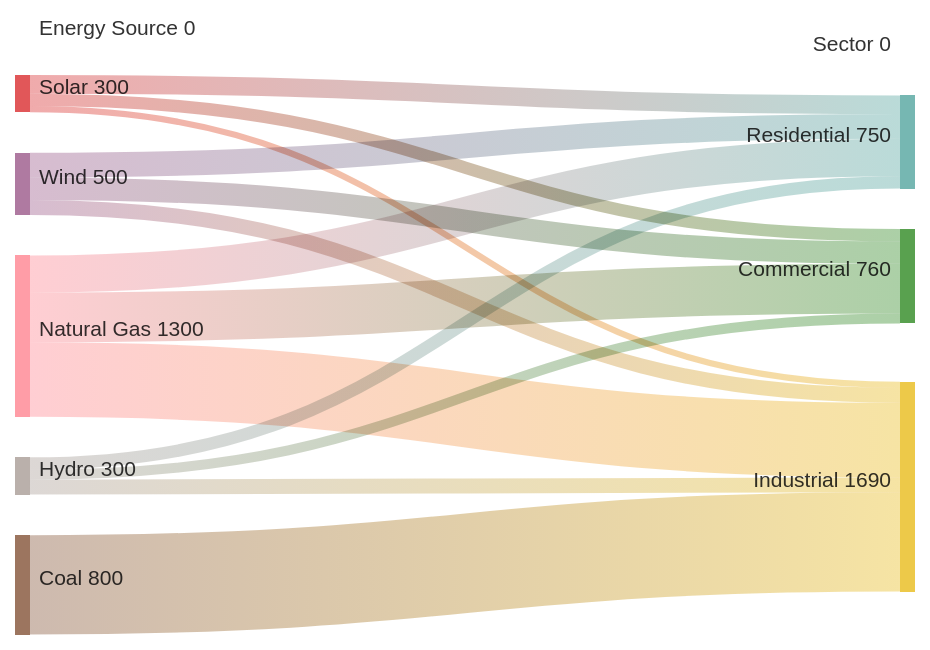
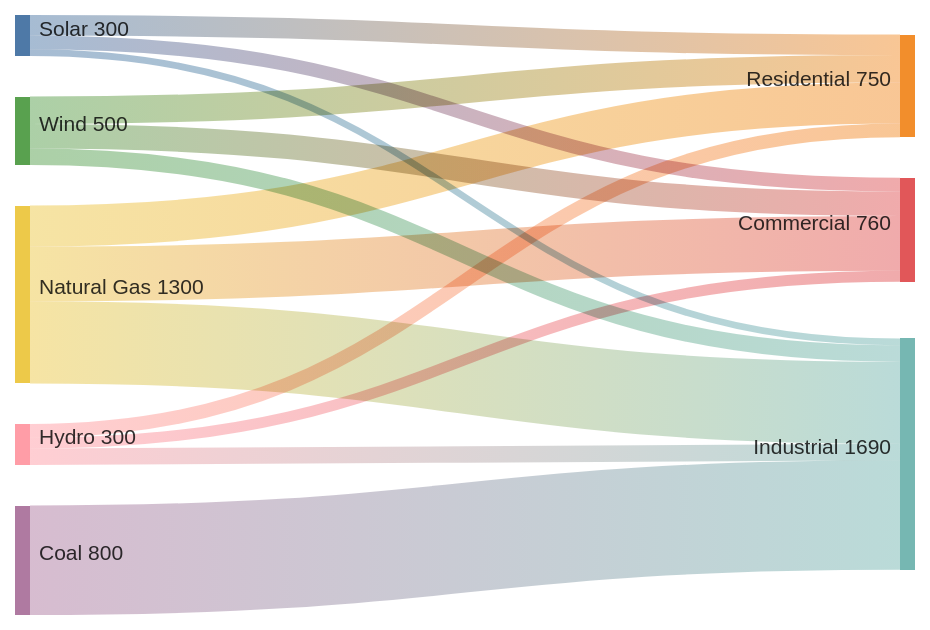
The tenth of 19 diagrams in plugins/obsidian-blocks/skills/mermaid-diagramming/sankey.md (BitYoungjae/marketplace), drawn with Mermaid before and after one commit. The commit also changed other lines of this file and 14 other files, not shown here.

First line of the commit message:
feat(obsidian-blocks): add Session 3 Mermaid diagrams

````diff
--- a/plugins/obsidian-blocks/skills/mermaid-diagramming/sankey.md
+++ b/plugins/obsidian-blocks/skills/mermaid-diagramming/sankey.md
@@ -150,18 +203,18 @@
 ```mermaid
-sankey
+sankey-beta
 
-Energy Source,Sector,Amount
+%% Energy distribution by sector
 Solar,Residential,150
 Solar,Commercial,100
 Solar,Industrial,50
 Wind,Residential,200
 Wind,Commercial,180
 Wind,Industrial,120
 Natural Gas,Residential,300
 Natural Gas,Commercial,400
 Natural Gas,Industrial,600
 Coal,Industrial,800
 Hydro,Residential,100
 Hydro,Commercial,80
 Hydro,Industrial,120
 ```
````
